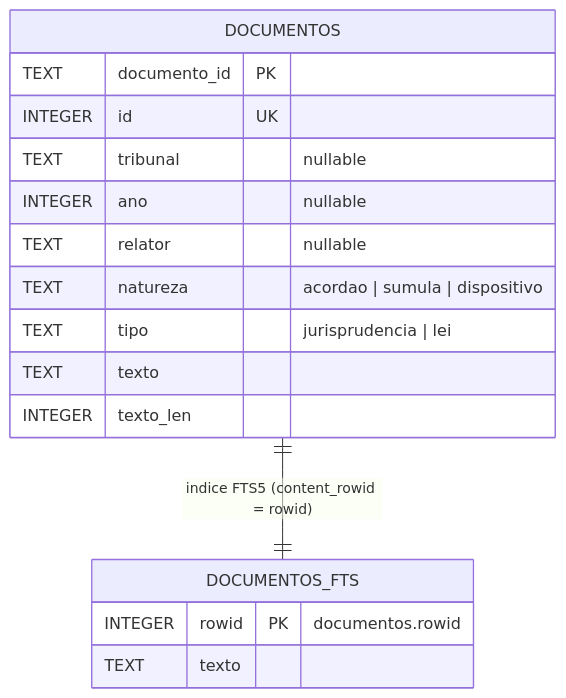
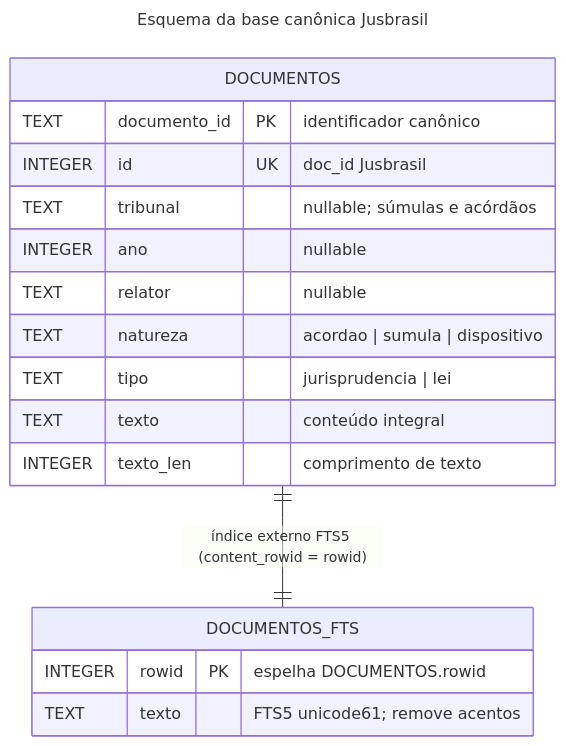
One commit to machadoDaniels/desafio-jusbrasil changed the diagram in docs/database.mmd. Above: the diagram before and after it, drawn with Mermaid. The commit also changed 22 other files, not shown here.

```diff
--- a/docs/database.mmd
+++ b/docs/database.mmd
@@ -1,19 +1,27 @@
+---
+title: Esquema da base canônica Jusbrasil
+---
 erDiagram
     DOCUMENTOS {
-        TEXT documento_id PK
-        INTEGER id UK
-        TEXT tribunal "nullable"
+        TEXT documento_id PK "identificador canônico"
+        INTEGER id UK "doc_id Jusbrasil"
+        TEXT tribunal "nullable; súmulas e acórdãos"
         INTEGER ano "nullable"
         TEXT relator "nullable"
         TEXT natureza "acordao | sumula | dispositivo"
         TEXT tipo "jurisprudencia | lei"
-        TEXT texto
-        INTEGER texto_len
+        TEXT texto "conteúdo integral"
+        INTEGER texto_len "comprimento de texto"
     }
 
     DOCUMENTOS_FTS {
-        INTEGER rowid PK "documentos.rowid"
-        TEXT texto
+        INTEGER rowid PK "espelha DOCUMENTOS.rowid"
+        TEXT texto "FTS5 unicode61; remove acentos"
     }
 
-    DOCUMENTOS ||--|| DOCUMENTOS_FTS : "indice FTS5 (content_rowid = rowid)"
+    DOCUMENTOS ||--|| DOCUMENTOS_FTS : "índice externo FTS5 (content_rowid = rowid)"
+
+    %% Índices SQLite em DOCUMENTOS:
+    %% idx_documentos_tribunal (tribunal)
+    %% idx_documentos_ano (ano)
+    %% idx_documentos_natureza (natureza)
```
